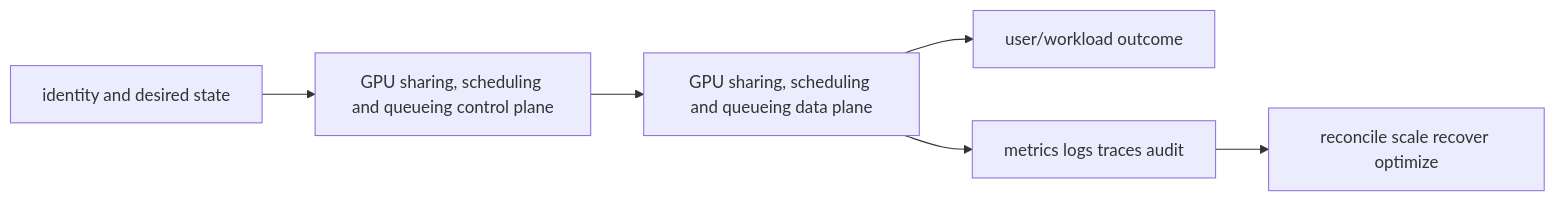
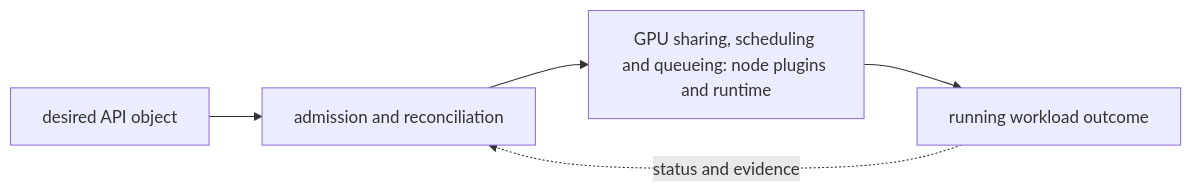
Before and after one commit to tomkidumbuyo/DevOps-interview-preparation: the diagram in 06-kubernetes/09-gpu-llmops/02-gpu-sharing-scheduling/README.md, drawn with Mermaid. The commit also changed other lines of this file and 753 other files, not shown here.

````diff
--- a/06-kubernetes/09-gpu-llmops/02-gpu-sharing-scheduling/README.md
+++ b/06-kubernetes/09-gpu-llmops/02-gpu-sharing-scheduling/README.md
@@ -19,8 +31,7 @@
 ```mermaid
 flowchart LR
-  I[identity and desired state] --> C[GPU sharing, scheduling and queueing control plane]
-  C --> D[GPU sharing, scheduling and queueing data plane]
-  D --> U[user/workload outcome]
-  D --> O[metrics logs traces audit]
-  O --> R[reconcile scale recover optimize]
+  A["desired API object"] --> B["admission and reconciliation"]
+  B --> C["GPU sharing, scheduling and queueing: node plugins and runtime"]
+  C --> D["running workload outcome"]
+  D -. "status and evidence" .-> B
 ```
````
